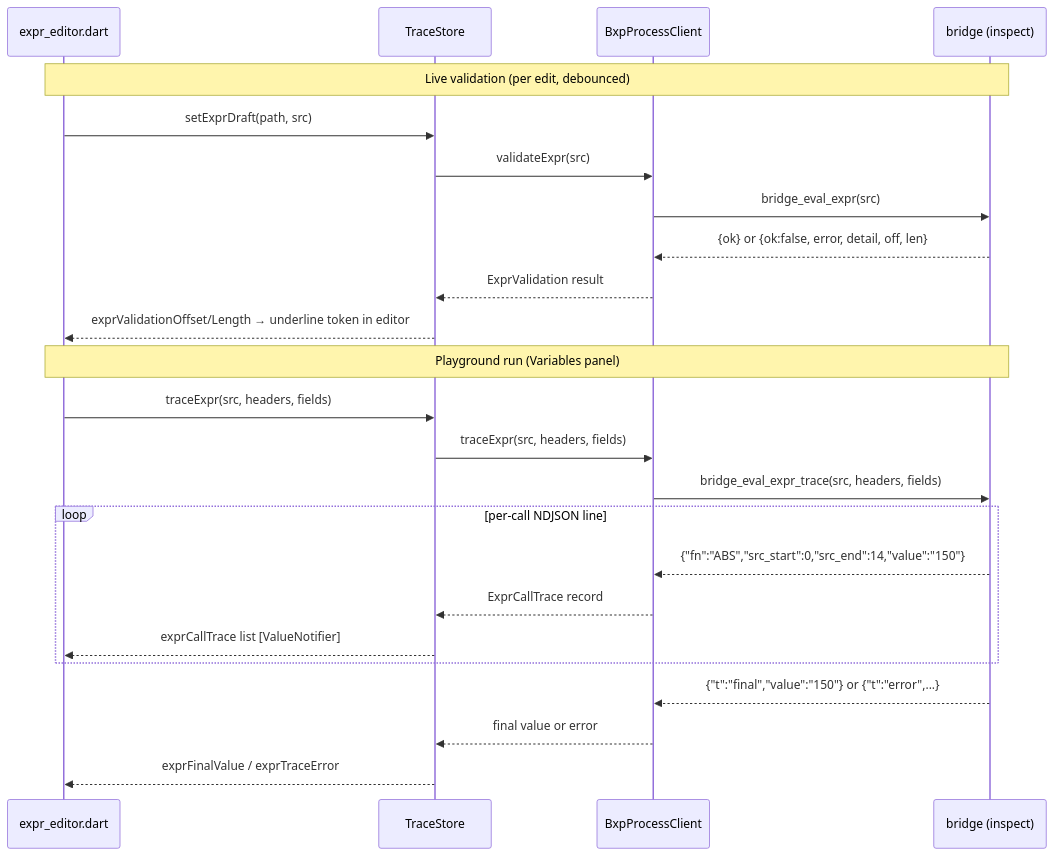
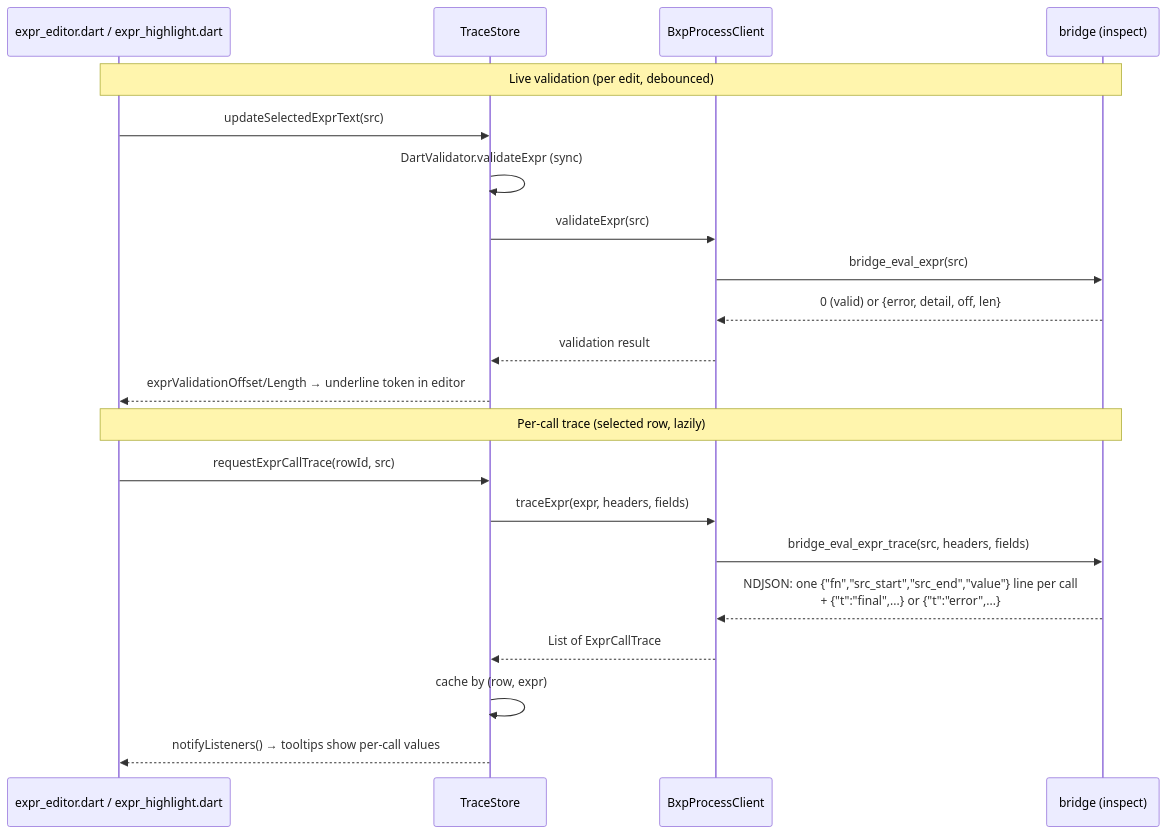
One commit to zaxified/bxp changed the ninth of 10 diagrams in docs/dev/architecture/gui.md. Above: the diagram before and after it, drawn with Mermaid. The commit also changed other lines of this file and 53 other files, not shown here.

````diff
--- a/docs/dev/architecture/gui.md
+++ b/docs/dev/architecture/gui.md
@@ -484,28 +491,25 @@
 ```mermaid
 sequenceDiagram
-    participant UI as expr_editor.dart
+    participant UI as expr_editor.dart / expr_highlight.dart
     participant TS as TraceStore
     participant BPC as BxpProcessClient
     participant FMT as bridge (inspect)
 
     Note over UI,FMT: Live validation (per edit, debounced)
-    UI->>TS: setExprDraft(path, src)
+    UI->>TS: updateSelectedExprText(src)
+    TS->>TS: DartValidator.validateExpr (sync)
     TS->>BPC: validateExpr(src)
     BPC->>FMT: bridge_eval_expr(src)
-    FMT-->>BPC: {ok} or {ok:false, error, detail, off, len}
-    BPC-->>TS: ExprValidation result
+    FMT-->>BPC: 0 (valid) or {error, detail, off, len}
+    BPC-->>TS: validation result
     TS-->>UI: exprValidationOffset/Length → underline token in editor
 
-    Note over UI,FMT: Playground run (Variables panel)
-    UI->>TS: traceExpr(src, headers, fields)
-    TS->>BPC: traceExpr(src, headers, fields)
+    Note over UI,FMT: Per-call trace (selected row, lazily)
+    UI->>TS: requestExprCallTrace(rowId, src)
+    TS->>BPC: traceExpr(expr, headers, fields)
     BPC->>FMT: bridge_eval_expr_trace(src, headers, fields)
-    loop per-call NDJSON line
-        FMT-->>BPC: {"fn":"ABS","src_start":0,"src_end":14,"value":"150"}
-        BPC-->>TS: ExprCallTrace record
-        TS-->>UI: exprCallTrace list [ValueNotifier]
-    end
-    FMT-->>BPC: {"t":"final","value":"150"} or {"t":"error",...}
-    BPC-->>TS: final value or error
-    TS-->>UI: exprFinalValue / exprTraceError
+    FMT-->>BPC: NDJSON: one {"fn","src_start","src_end","value"} line per call<br/>+ {"t":"final",...} or {"t":"error",...}
+    BPC-->>TS: List of ExprCallTrace
+    TS->>TS: cache by (row, expr)
+    TS-->>UI: notifyListeners() → tooltips show per-call values
 ```
````
